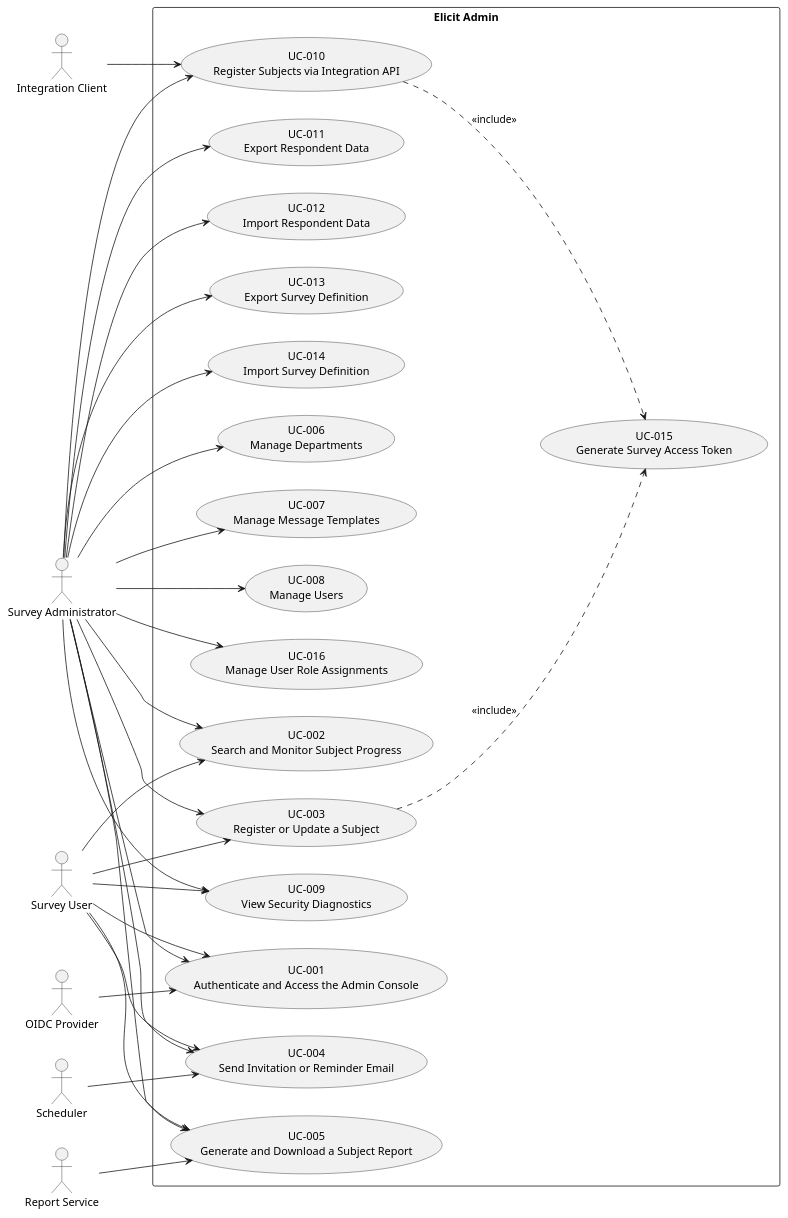
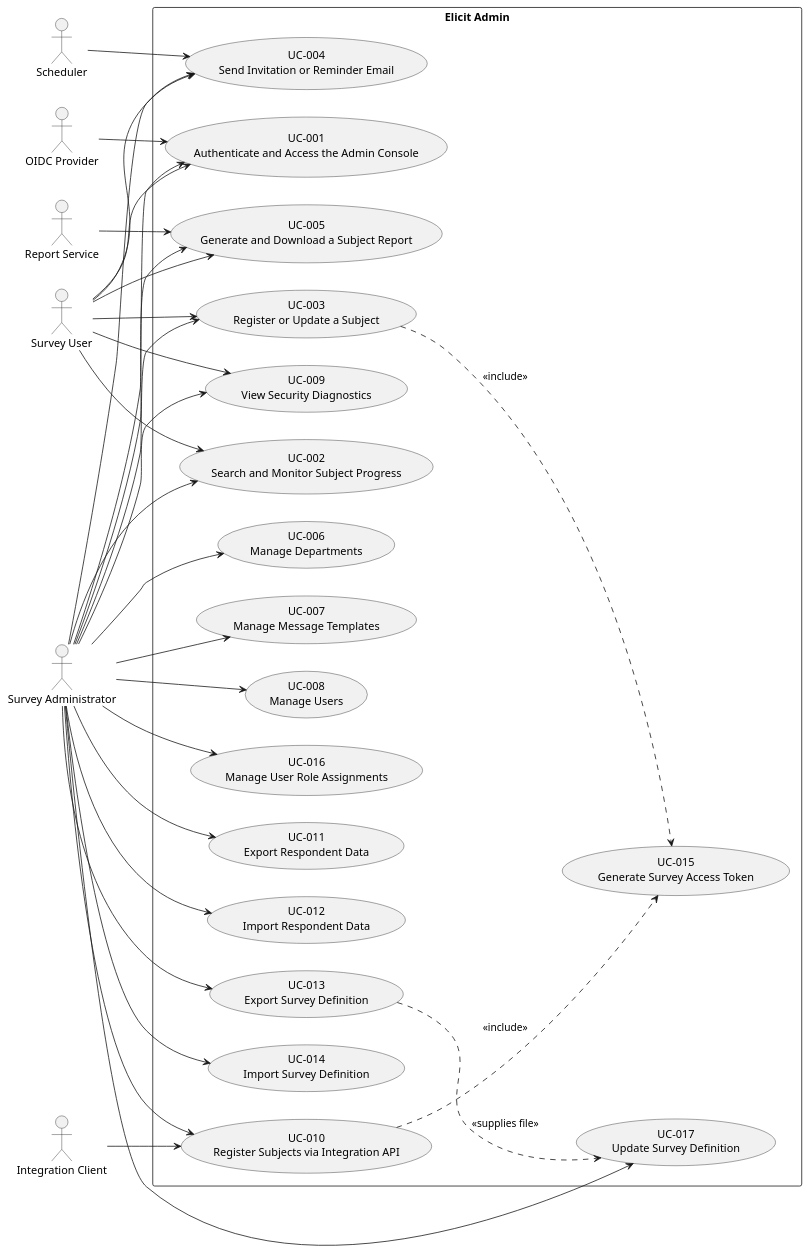
The diagram in docs/use_cases.puml (ElicitSoftware/Admin), drawn with PlantUML before and after one commit. The commit also changed 21 other files, not shown here.

First line of the commit message:
Implement UC-017 Update Survey Definition

```diff
--- a/docs/use_cases.puml
+++ b/docs/use_cases.puml
@@ -1,74 +1,77 @@
 @startuml Use Cases Overview
 left to right direction
 
 actor "Survey User" as user
 actor "Survey Administrator" as admin
 actor "Integration Client" as importer
 actor "OIDC Provider" as oidc
 actor "Scheduler" as scheduler
 actor "Report Service" as reportsvc
 
 rectangle "Elicit Admin" {
     ' --- Interactive console (user + admin) ---
     usecase "UC-001\nAuthenticate and Access the Admin Console" as UC001
     usecase "UC-002\nSearch and Monitor Subject Progress" as UC002
     usecase "UC-003\nRegister or Update a Subject" as UC003
     usecase "UC-004\nSend Invitation or Reminder Email" as UC004
     usecase "UC-005\nGenerate and Download a Subject Report" as UC005
     usecase "UC-009\nView Security Diagnostics" as UC009
 
     ' --- Administration (admin only) ---
     usecase "UC-006\nManage Departments" as UC006
     usecase "UC-007\nManage Message Templates" as UC007
     usecase "UC-008\nManage Users" as UC008
     usecase "UC-016\nManage User Role Assignments" as UC016
 
     ' --- Integration and data lifecycle ---
     usecase "UC-010\nRegister Subjects via Integration API" as UC010
     usecase "UC-011\nExport Respondent Data" as UC011
     usecase "UC-012\nImport Respondent Data" as UC012
     usecase "UC-013\nExport Survey Definition" as UC013
     usecase "UC-014\nImport Survey Definition" as UC014
+    usecase "UC-017\nUpdate Survey Definition" as UC017
 
     ' --- Shared subflow ---
     usecase "UC-015\nGenerate Survey Access Token" as UC015
 }
 
 ' Survey User
 user --> UC001
 user --> UC002
 user --> UC003
 user --> UC004
 user --> UC005
 user --> UC009
 
 ' Administrator (inherits user goals plus administration and data lifecycle)
 admin --> UC001
 admin --> UC002
 admin --> UC003
 admin --> UC004
 admin --> UC005
 admin --> UC006
 admin --> UC007
 admin --> UC008
 admin --> UC016
 admin --> UC009
 admin --> UC010
 admin --> UC011
 admin --> UC012
 admin --> UC013
 admin --> UC014
+admin --> UC017
 
 ' Integration Client
 importer --> UC010
 
 ' External systems
 oidc --> UC001
 scheduler --> UC004
 reportsvc --> UC005
 
 ' Shared subflows
 UC003 ..> UC015 : <<include>>
 UC010 ..> UC015 : <<include>>
+UC013 ..> UC017 : <<supplies file>>
 
 @enduml
```
